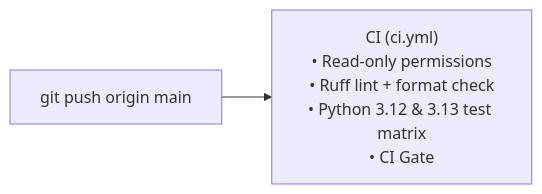
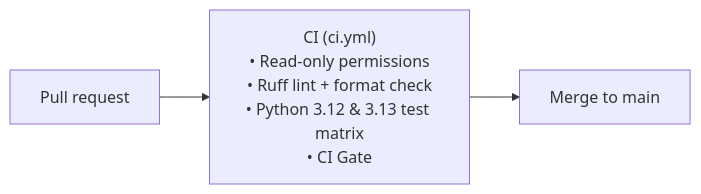
The third of 3 diagrams in docs/CI_CD.md (dishanagalawatta/SkillManager), drawn with Mermaid before and after one commit. The commit also changed other lines of this file and 7 other files, not shown here.

First line of the commit message:
chore: require pull requests for main (#2)

````diff
--- a/docs/CI_CD.md
+++ b/docs/CI_CD.md
@@ -86,4 +89,5 @@
 ```mermaid
 flowchart LR
-    A["git push origin main"] --> B["CI (ci.yml)\n• Read-only permissions\n• Ruff lint + format check\n• Python 3.12 & 3.13 test matrix\n• CI Gate"]
+    A["Pull request"] --> B["CI (ci.yml)\n• Read-only permissions\n• Ruff lint + format check\n• Python 3.12 & 3.13 test matrix\n• CI Gate"]
+    B --> C["Merge to main"]
 ```
````
